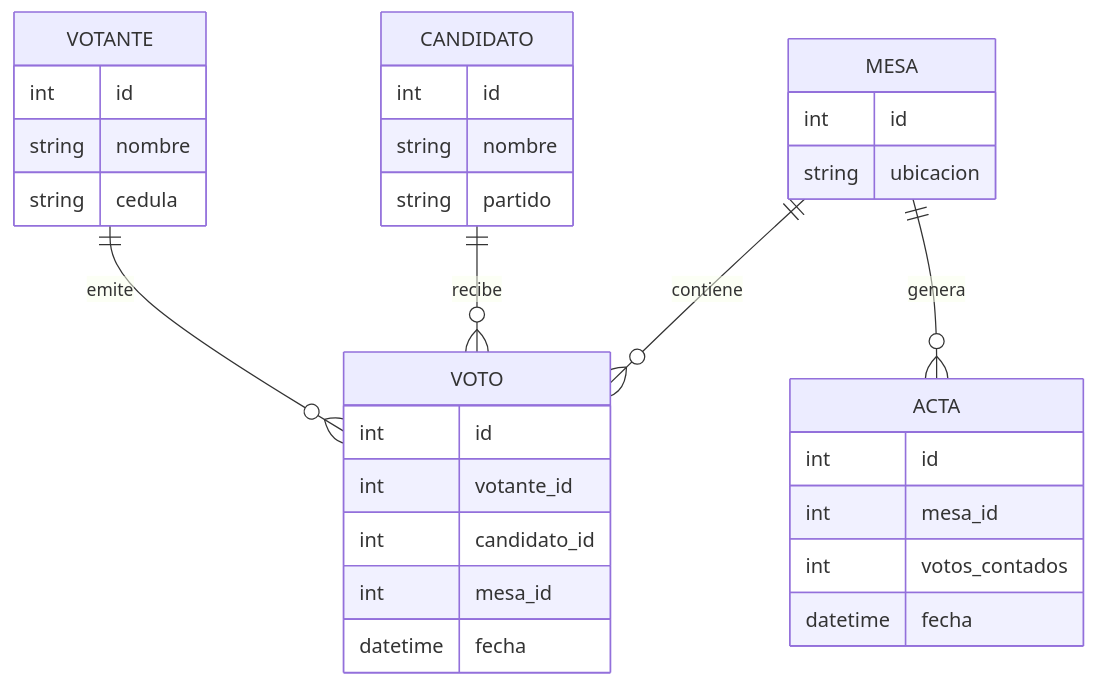
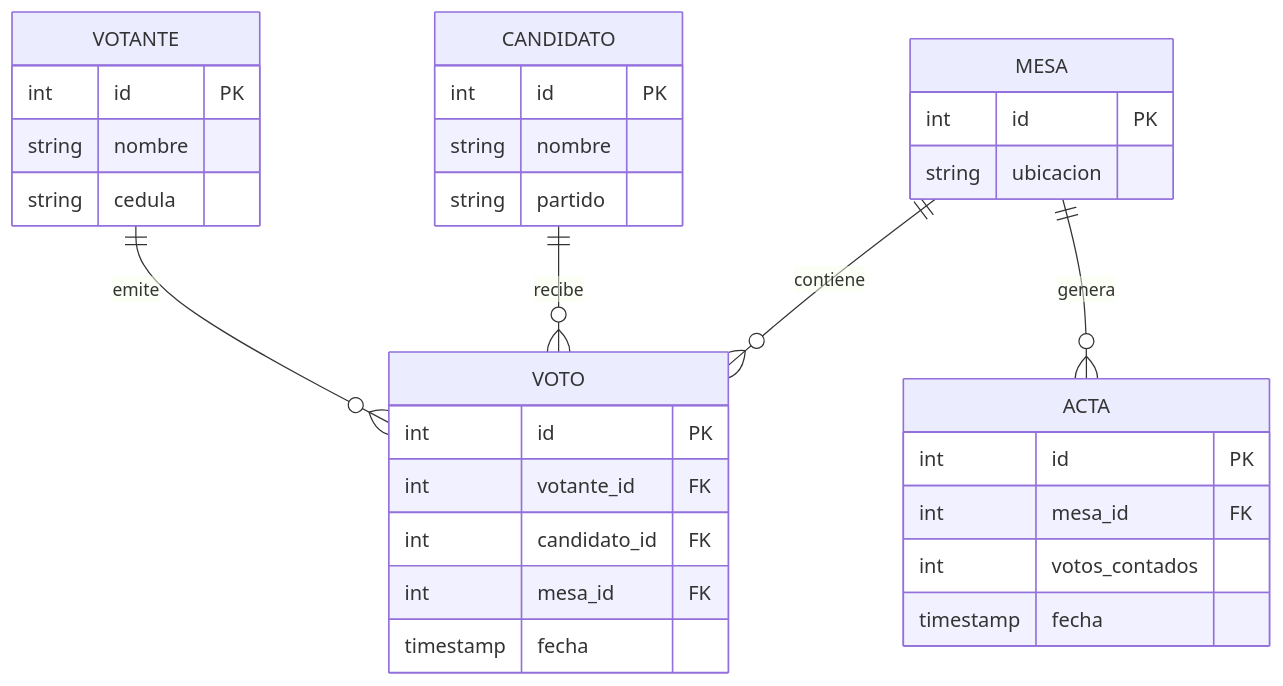
One commit to brayandiazc/postgresql-sistema_elecciones changed the second of 2 diagrams in README.md. Above: the diagram before and after it, drawn with Mermaid. The commit also changed other lines of this file and 66 other files, not shown here.

````diff
--- a/README.md
+++ b/README.md
@@ -9,34 +129,12 @@
 ```mermaid
 erDiagram
-    VOTANTE {
-        int id
-        string nombre
-        string cedula
-    }
-    CANDIDATO {
-        int id
-        string nombre
-        string partido
-    }
-    MESA {
-        int id
-        string ubicacion
-    }
-    VOTO {
-        int id
-        int votante_id
-        int candidato_id
-        int mesa_id
-        datetime fecha
-    }
-    ACTA {
-        int id
-        int mesa_id
-        int votos_contados
-        datetime fecha
-    }
-    VOTANTE ||--o{ VOTO : emite
+    VOTANTE   ||--o{ VOTO : emite
     CANDIDATO ||--o{ VOTO : recibe
-    MESA ||--o{ VOTO : contiene
-    MESA ||--o{ ACTA : genera
+    MESA      ||--o{ VOTO : contiene
+    MESA      ||--o{ ACTA : genera
+    VOTANTE   { int id PK string nombre string cedula }
+    CANDIDATO { int id PK string nombre string partido }
+    MESA      { int id PK string ubicacion }
+    VOTO      { int id PK int votante_id FK int candidato_id FK int mesa_id FK timestamp fecha }
+    ACTA      { int id PK int mesa_id FK int votos_contados timestamp fecha }
 ```
````
